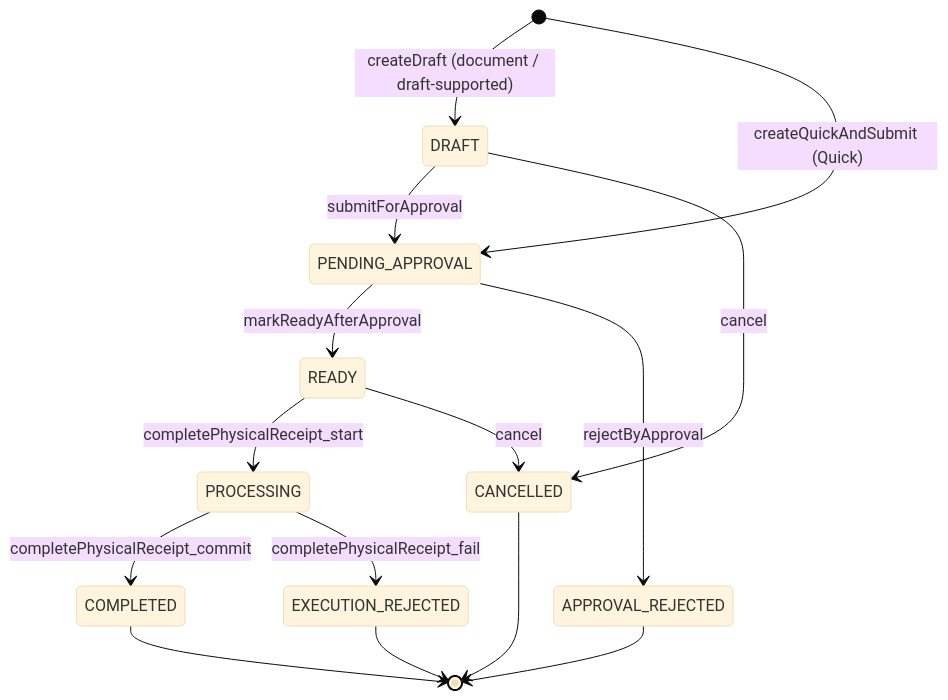
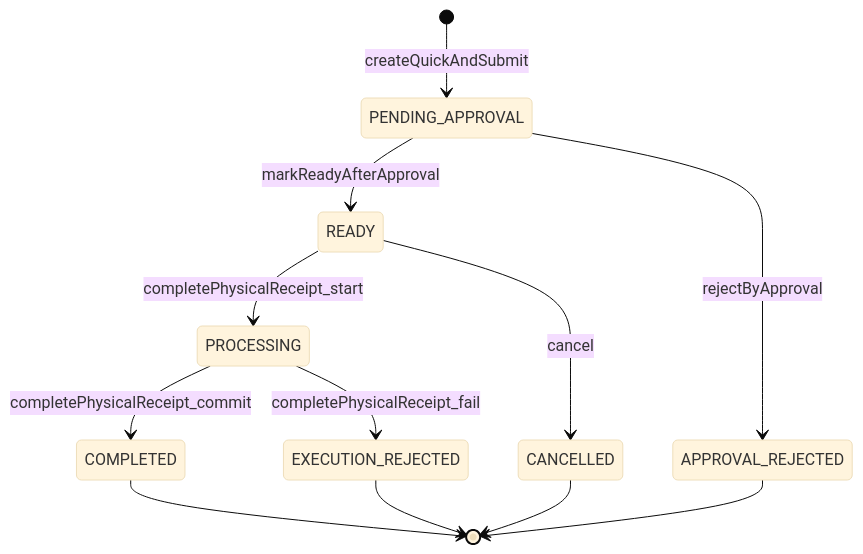
Before and after one commit to DsChien102/erp-sales-inventory: the second of 2 diagrams in specs/themes/theme-07/02.specification/domain/entities/ENT-IO-01-GoodsReceipt.md, drawn with Mermaid (base theme). The commit also changed other lines of this file and 1 other file, not shown here.

Commit message:
refactor(docs): remove draft branch from GoodsReceipt Aggregate

````diff
--- a/specs/themes/theme-07/02.specification/domain/entities/ENT-IO-01-GoodsReceipt.md
+++ b/specs/themes/theme-07/02.specification/domain/entities/ENT-IO-01-GoodsReceipt.md
@@ -107,17 +104,14 @@
 ```mermaid
 stateDiagram-v2
-    [*] --> DRAFT: createDraft (document / draft-supported)
-    [*] --> PENDING_APPROVAL: createQuickAndSubmit (Quick)
-    DRAFT --> PENDING_APPROVAL: submitForApproval
-    DRAFT --> CANCELLED: cancel
+    [*] --> PENDING_APPROVAL: createQuickAndSubmit
     PENDING_APPROVAL --> READY: markReadyAfterApproval
     PENDING_APPROVAL --> APPROVAL_REJECTED: rejectByApproval
     READY --> PROCESSING: completePhysicalReceipt_start
     PROCESSING --> COMPLETED: completePhysicalReceipt_commit
     PROCESSING --> EXECUTION_REJECTED: completePhysicalReceipt_fail
     READY --> CANCELLED: cancel
     COMPLETED --> [*]
     APPROVAL_REJECTED --> [*]
     EXECUTION_REJECTED --> [*]
     CANCELLED --> [*]
 ```
````
